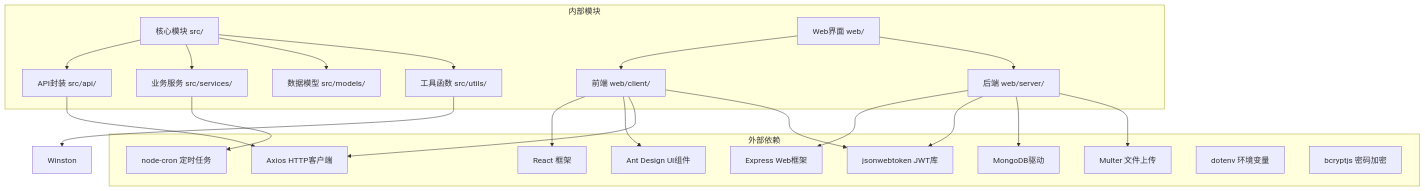
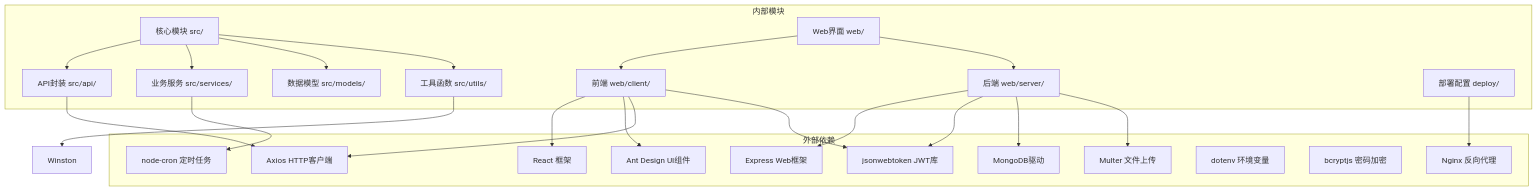
One commit to songdiyang/clawOperations changed diagram 17 of 17 in .qoder/repowiki/zh/content/核心模块详解/Web界面系统/Web界面系统.md. Above: the diagram before and after it, drawn with Mermaid. The commit also changed other lines of this file and 10 other files, not shown here.

````diff
--- a/.qoder/repowiki/zh/content/核心模块详解/Web界面系统/Web界面系统.md
+++ b/.qoder/repowiki/zh/content/核心模块详解/Web界面系统/Web界面系统.md
@@ -648,43 +888,46 @@
 ```mermaid
 graph TD
 subgraph "外部依赖"
 Axios[Axios HTTP客户端]
 Express[Express Web框架]
 JWT[jwt-simple JWT库]
 MongoDB[MongoDB驱动]
 Multer[Multer 文件上传]
 Cron[node-cron 定时任务]
 Antd[Ant Design UI组件]
 React[React 框架]
 JWT[jsonwebtoken JWT库]
 dotenv[dotenv 环境变量]
 bcryptjs[bcryptjs 密码加密]
+Nginx[Nginx 反向代理]
 end
 subgraph "内部模块"
 Core[核心模块 src/]
 API[API封装 src/api/]
 Services[业务服务 src/services/]
 Models[数据模型 src/models/]
 Utils[工具函数 src/utils/]
 Web[Web界面 web/]
 Client[前端 web/client/]
 Server[后端 web/server/]
+Deploy[部署配置 deploy/]
 end
 Core --> API
 Core --> Services
 Core --> Models
 Core --> Utils
 Web --> Client
 Web --> Server
 Server --> Express
 Server --> JWT
 Server --> MongoDB
 Server --> Multer
 Client --> React
 Client --> Antd
 Client --> Axios
 Client --> JWT
 API --> Axios
 Services --> Cron
 Utils --> Winston
+Deploy --> Nginx
 ```
````
